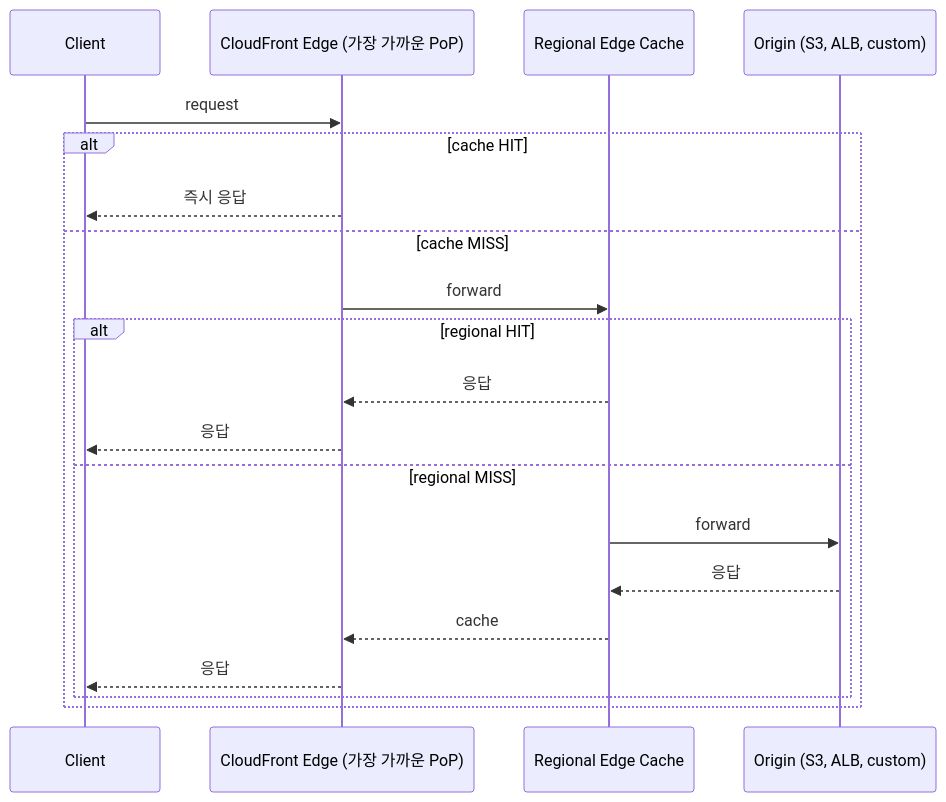
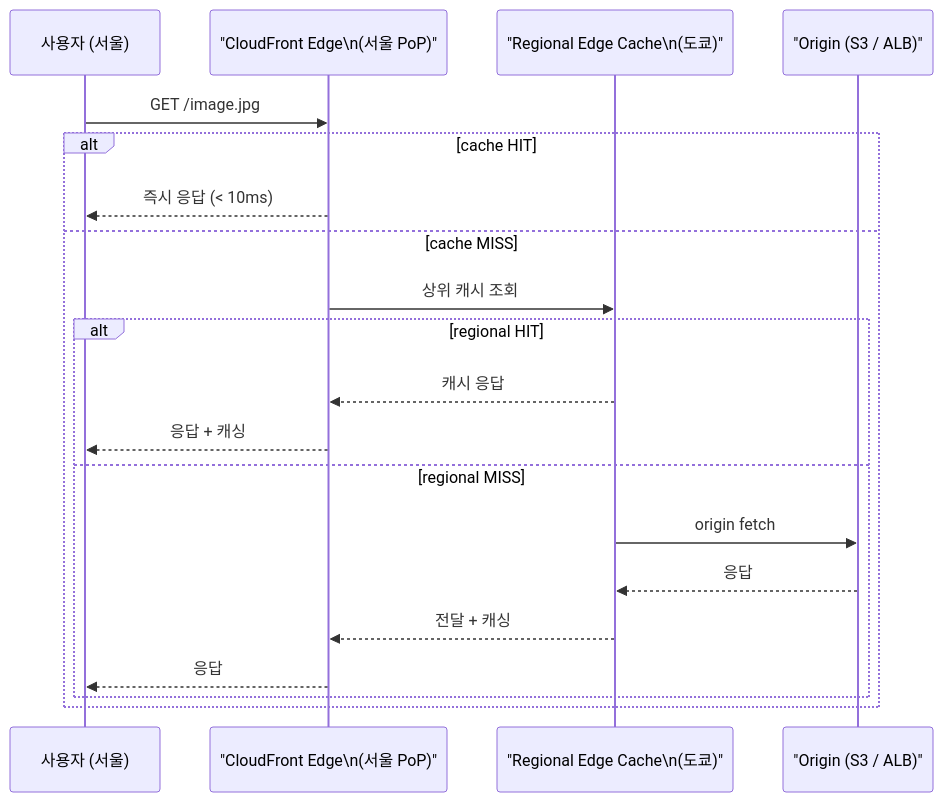
Before and after one commit to shinkeonkim/shinkeonkim.github.io: the first of 3 diagrams in src/content/wiki/cloud/aws-cloudfront-cdn.mdx, drawn with Mermaid. The commit also changed other lines of this file and 526 other files, not shown here.

First line of the commit message:
content(wiki): 전수조사 및 대규모 보강 (짧은 파일 0, mermaid +645)

````diff
--- a/src/content/wiki/cloud/aws-cloudfront-cdn.mdx
+++ b/src/content/wiki/cloud/aws-cloudfront-cdn.mdx
@@ -18,23 +20,23 @@
 ```mermaid
 sequenceDiagram
-    participant Client
-    participant Edge as CloudFront Edge (가장 가까운 PoP)
-    participant Regional as Regional Edge Cache
-    participant Origin as Origin (S3, ALB, custom)
+    participant Client as 사용자 (서울)
+    participant Edge as "CloudFront Edge\n(서울 PoP)"
+    participant Regional as "Regional Edge Cache\n(도쿄)"
+    participant Origin as "Origin (S3 / ALB)"
 
-    Client->>Edge: request
+    Client->>Edge: GET /image.jpg
     alt cache HIT
-        Edge-->>Client: 즉시 응답
+        Edge-->>Client: 즉시 응답 (< 10ms)
     else cache MISS
-        Edge->>Regional: forward
+        Edge->>Regional: 상위 캐시 조회
         alt regional HIT
-            Regional-->>Edge: 응답
-            Edge-->>Client: 응답
+            Regional-->>Edge: 캐시 응답
+            Edge-->>Client: 응답 + 캐싱
         else regional MISS
-            Regional->>Origin: forward
+            Regional->>Origin: origin fetch
             Origin-->>Regional: 응답
-            Regional-->>Edge: cache
+            Regional-->>Edge: 전달 + 캐싱
             Edge-->>Client: 응답
         end
     end
 ```
````
